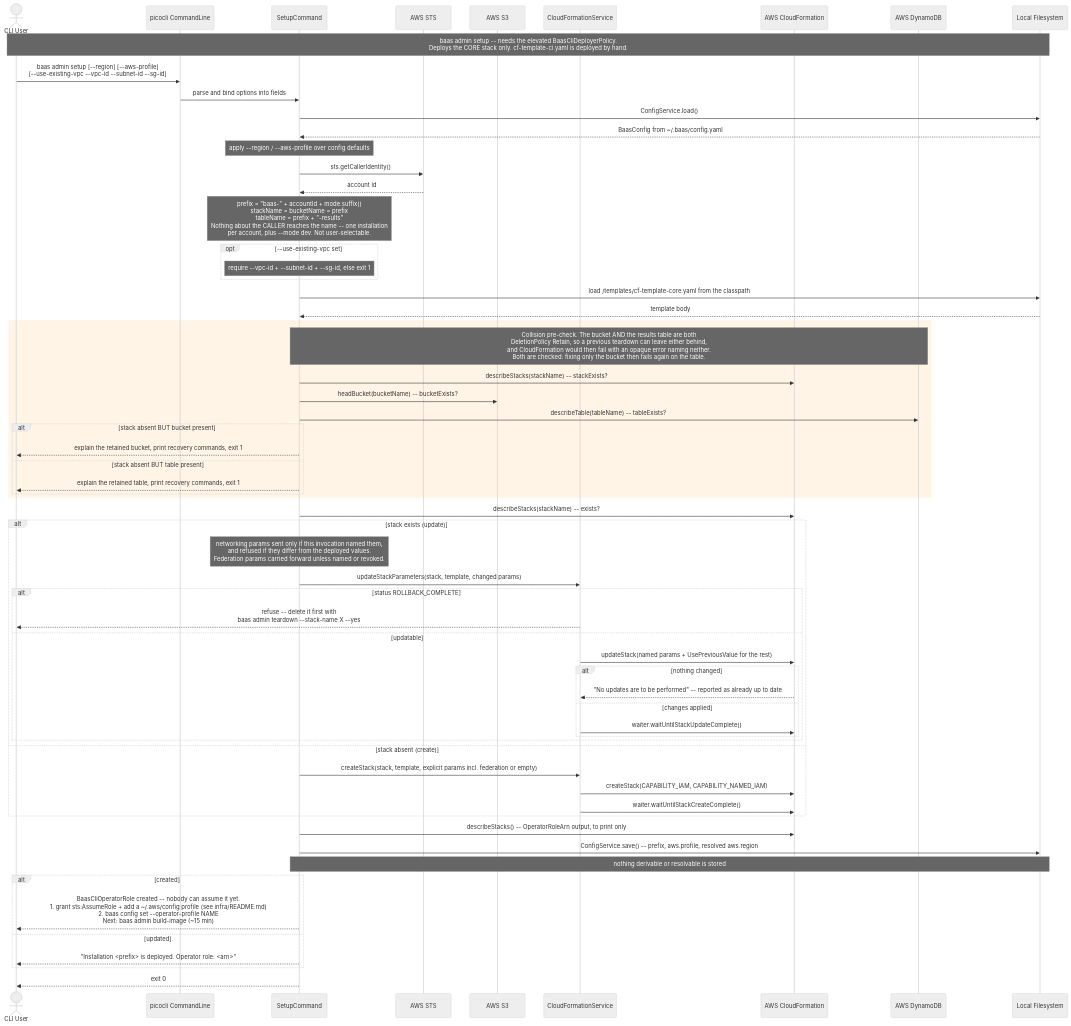
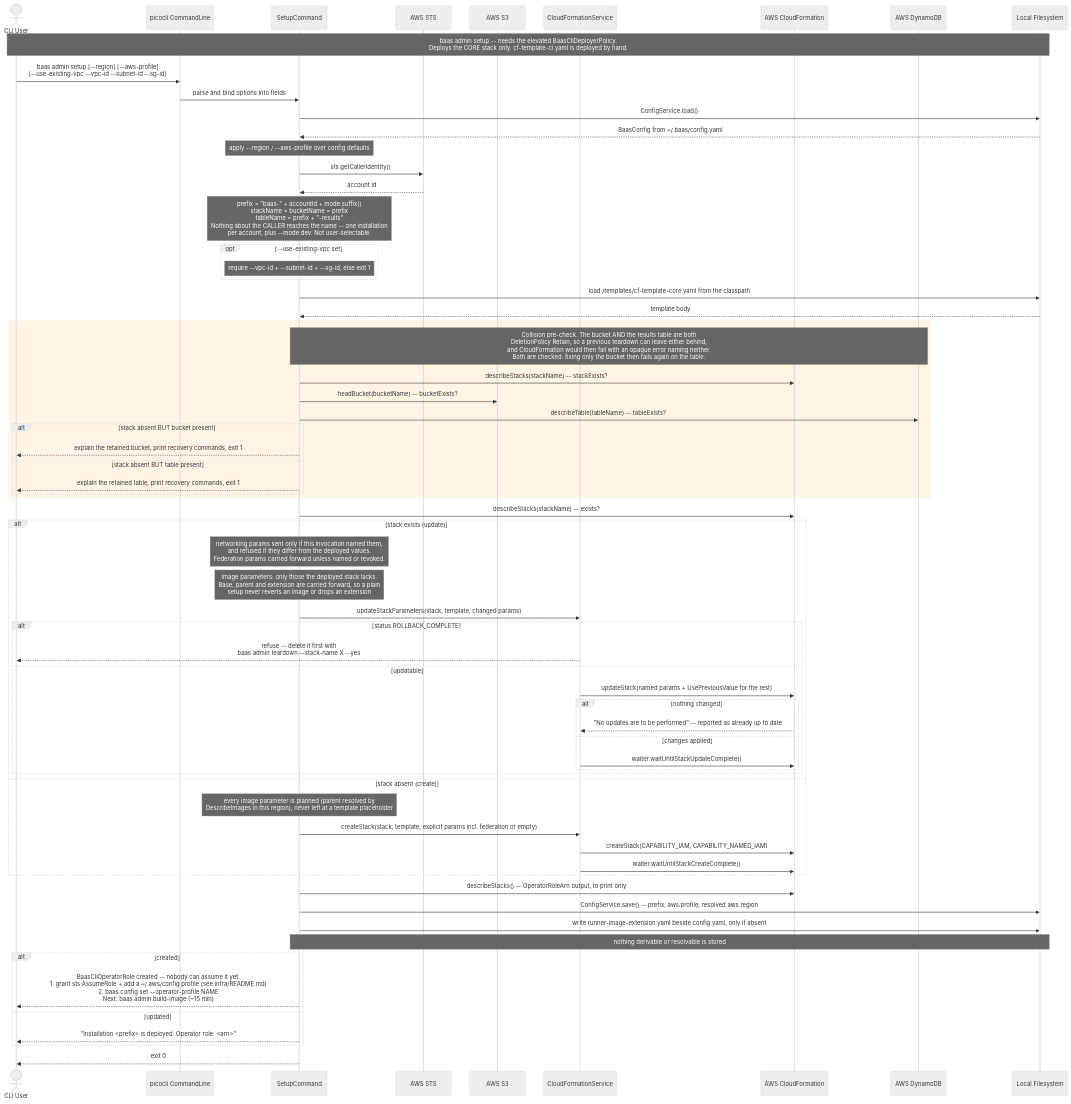
One commit to wsztajerowski/benchmark-as-a-service changed the diagram in docs/diagrams/baas-setup.mmd. Above: the diagram before and after it, drawn with Mermaid (neutral theme). The commit also changed 42 other files, not shown here.

```diff
--- a/docs/diagrams/baas-setup.mmd
+++ b/docs/diagrams/baas-setup.mmd
@@ -1,69 +1,72 @@
 sequenceDiagram
     actor User as CLI User
     participant picocli as picocli CommandLine
     participant SC as SetupCommand
     participant STS as AWS STS
     participant S3 as AWS S3
     participant CFSvc as CloudFormationService
     participant CF as AWS CloudFormation
     participant DDB as AWS DynamoDB
     participant FS as Local Filesystem
 
     Note over User,FS: baas admin setup -- needs the elevated BaasCliDeployerPolicy.<br/>Deploys the CORE stack only. cf-template-ci.yaml is deployed by hand.
     User->>picocli: baas admin setup [--region] [--aws-profile]<br/>[--use-existing-vpc --vpc-id --subnet-id --sg-id]
     picocli->>SC: parse and bind options into fields
     SC->>FS: ConfigService.load()
     FS-->>SC: BaasConfig from ~/.baas/config.yaml
     Note over SC: apply --region / --aws-profile over config defaults
     SC->>STS: sts.getCallerIdentity()
     STS-->>SC: account id
     Note over SC: prefix = "baas-" + accountId + mode.suffix()<br/>stackName = bucketName = prefix<br/>tableName = prefix + "-results"<br/>Nothing about the CALLER reaches the name -- one installation<br/>per account, plus --mode dev. Not user-selectable.
     opt --use-existing-vpc set
         Note over SC: require --vpc-id + --subnet-id + --sg-id, else exit 1
     end
     SC->>FS: load /templates/cf-template-core.yaml from the classpath
     FS-->>SC: template body
 
     rect rgb(255, 244, 230)
         Note over SC,DDB: Collision pre-check. The bucket AND the results table are both<br/>DeletionPolicy Retain, so a previous teardown can leave either behind,<br/>and CloudFormation would then fail with an opaque error naming neither.<br/>Both are checked: fixing only the bucket then fails again on the table.
         SC->>CF: describeStacks(stackName) -- stackExists?
         SC->>S3: headBucket(bucketName) -- bucketExists?
         SC->>DDB: describeTable(tableName) -- tableExists?
         alt stack absent BUT bucket present
             SC-->>User: explain the retained bucket, print recovery commands, exit 1
         else stack absent BUT table present
             SC-->>User: explain the retained table, print recovery commands, exit 1
         end
     end
 
     SC->>CF: describeStacks(stackName) -- exists?
     alt stack exists (update)
         Note over SC: networking params sent only if this invocation named them,<br/>and refused if they differ from the deployed values.<br/>Federation params carried forward unless named or revoked.
+        Note over SC: image parameters: only those the deployed stack lacks.<br/>Base, parent and extension are carried forward, so a plain<br/>setup never reverts an image or drops an extension
         SC->>CFSvc: updateStackParameters(stack, template, changed params)
         alt status ROLLBACK_COMPLETE
             CFSvc-->>User: refuse -- delete it first with<br/>baas admin teardown --stack-name X --yes
         else updatable
             CFSvc->>CF: updateStack(named params + UsePreviousValue for the rest)
             alt nothing changed
                 CF-->>CFSvc: "No updates are to be performed" -- reported as already up to date
             else changes applied
                 CFSvc->>CF: waiter.waitUntilStackUpdateComplete()
             end
         end
     else stack absent (create)
+        Note over SC: every image parameter is planned (parent resolved by<br/>DescribeImages in this region), never left at a template placeholder
         SC->>CFSvc: createStack(stack, template, explicit params incl. federation or empty)
         CFSvc->>CF: createStack(CAPABILITY_IAM, CAPABILITY_NAMED_IAM)
         CFSvc->>CF: waiter.waitUntilStackCreateComplete()
     end
 
     SC->>CF: describeStacks() -- OperatorRoleArn output, to print only
     SC->>FS: ConfigService.save() -- prefix, aws.profile, resolved aws.region
+    SC->>FS: write runner-image-extension.yaml beside config.yaml, only if absent
     Note over SC,FS: nothing derivable or resolvable is stored
 
     alt created
         SC-->>User: BaasCliOperatorRole created -- nobody can assume it yet.<br/>1. grant sts:AssumeRole + add a ~/.aws/config profile (see infra/README.md)<br/>2. baas config set --operator-profile NAME<br/>Next: baas admin build-image (~15 min)
     else updated
         SC-->>User: "Installation <prefix> is deployed. Operator role: <arn>"
     end
 
     SC-->>User: exit 0
```
